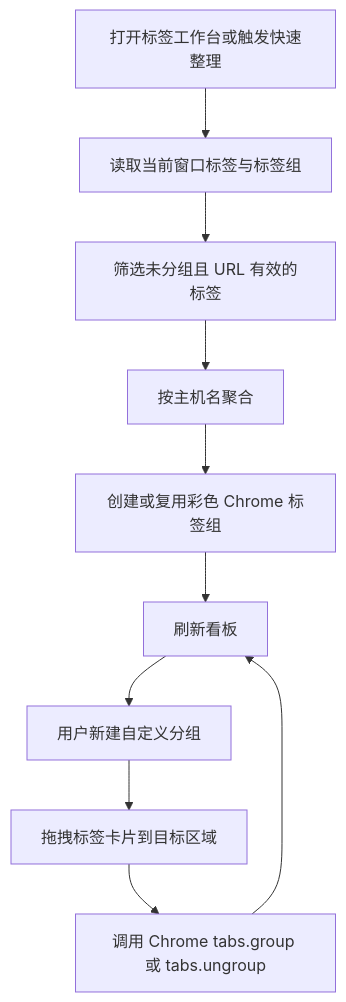
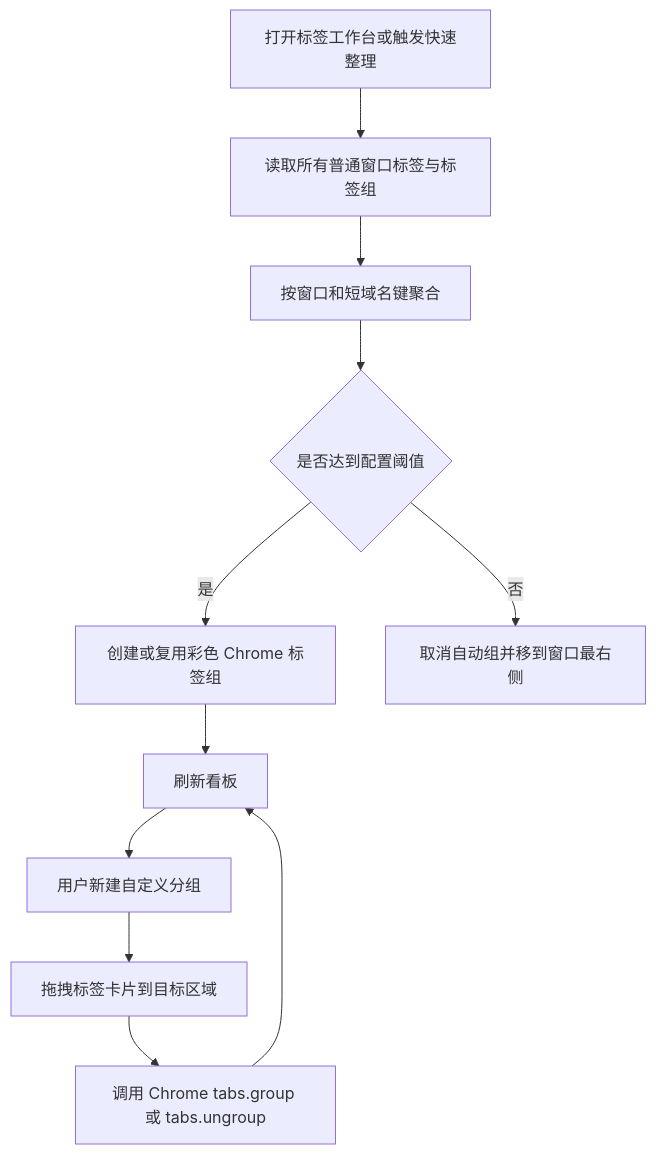
Before and after one commit to iiiiLllllzx/Tabloom: the second of 2 diagrams in .trae/documents/产品需求文档.md, drawn with Mermaid. The commit also changed other lines of this file and 20 other files, not shown here.

````diff
--- a/.trae/documents/产品需求文档.md
+++ b/.trae/documents/产品需求文档.md
@@ -74,12 +77,13 @@
 ```mermaid
 flowchart TD
-    A["打开标签工作台或触发快速整理"] --> B["读取当前窗口标签与标签组"]
-    B --> C["筛选未分组且 URL 有效的标签"]
-    C --> D["按主机名聚合"]
-    D --> E["创建或复用彩色 Chrome 标签组"]
+    A["打开标签工作台或触发快速整理"] --> B["读取所有普通窗口标签与标签组"]
+    B --> C["按窗口和短域名键聚合"]
+    C --> D{"是否达到配置阈值"}
+    D -->|是| E["创建或复用彩色 Chrome 标签组"]
+    D -->|否| J["取消自动组并移到窗口最右侧"]
     E --> F["刷新看板"]
     F --> G["用户新建自定义分组"]
     G --> H["拖拽标签卡片到目标区域"]
     H --> I["调用 Chrome tabs.group 或 tabs.ungroup"]
     I --> F
 ```
````
